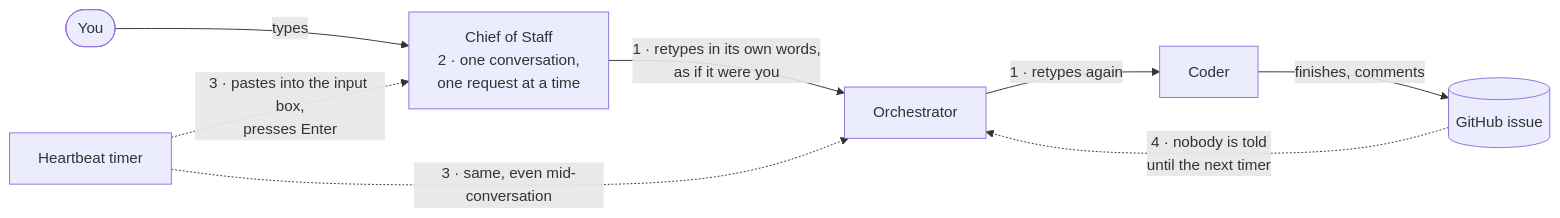
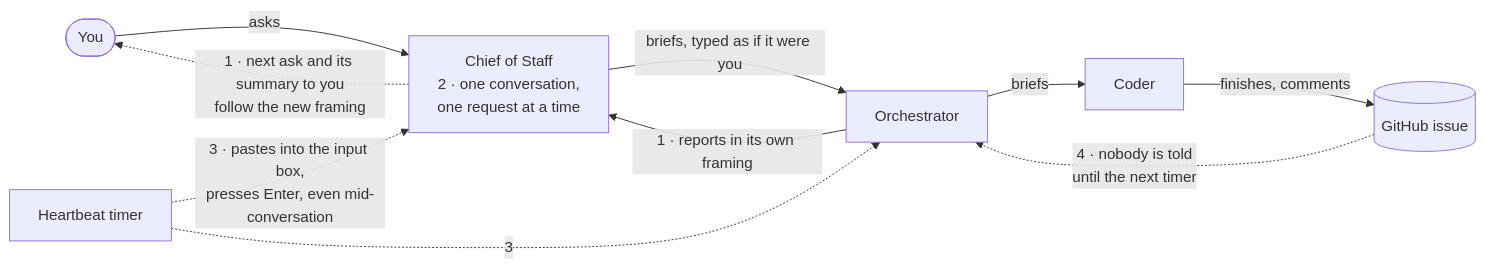
The second of 11 diagrams in docs/switchboard.md (adamkaplan/fleet-kit), drawn with Mermaid before and after one commit. The commit also changed other lines of this file, not shown here.

````diff
--- a/docs/switchboard.md
+++ b/docs/switchboard.md
@@ -58,10 +68,12 @@
 ```mermaid
 flowchart LR
-  you(["You"]) -- "types" --> cos["Chief of Staff<br/>2 · one conversation,<br/>one request at a time"]
-  cos -- "1 · retypes in its own words,<br/>as if it were you" --> orch["Orchestrator"]
-  orch -- "1 · retypes again" --> worker["Coder"]
-  timer["Heartbeat timer"] -. "3 · pastes into the input box,<br/>presses Enter" .-> cos
-  timer -. "3 · same, even mid-conversation" .-> orch
+  you(["You"]) -- "asks" --> cos["Chief of Staff<br/>2 · one conversation,<br/>one request at a time"]
+  cos -- "briefs, typed as if it were you" --> orch["Orchestrator"]
+  orch -- "briefs" --> worker["Coder"]
+  orch -- "1 · reports in its own framing" --> cos
+  cos -. "1 · next ask and its summary to you<br/>follow the new framing" .-> you
+  timer["Heartbeat timer"] -. "3 · pastes into the input box,<br/>presses Enter, even mid-conversation" .-> cos
+  timer -. "3" .-> orch
   worker -- "finishes, comments" --> gh[("GitHub issue")]
   gh -. "4 · nobody is told<br/>until the next timer" .-> orch
 ```
````
